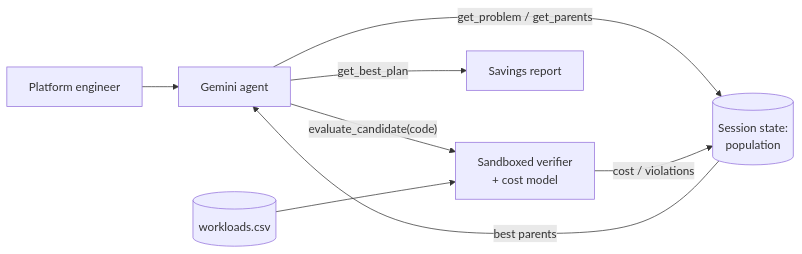
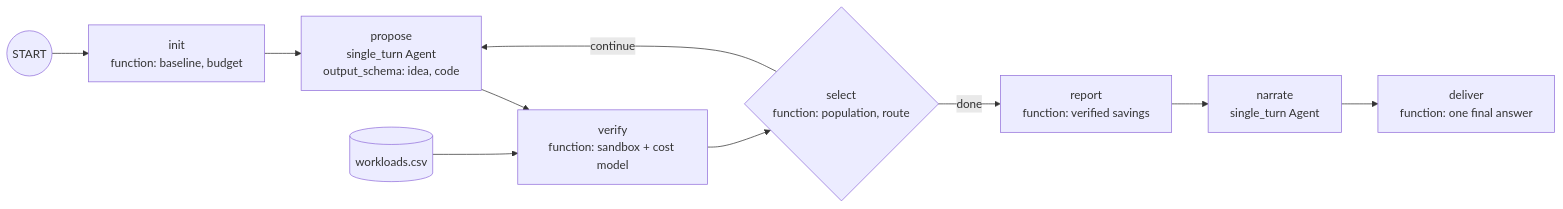
Before and after one commit to google/adk-samples: the diagram in contrib/python/alphaevolve-optimizer/README.md, drawn with Mermaid. The commit also changed other lines of this file and 10 other files, not shown here.

First line of the commit message:
Rebuild alphaevolve-optimizer as an ADK 2.0 graph workflow

````diff
--- a/contrib/python/alphaevolve-optimizer/README.md
+++ b/contrib/python/alphaevolve-optimizer/README.md
@@ -28,10 +33,12 @@
 ```mermaid
 flowchart LR
-    U[Platform engineer] --> A[Gemini agent]
-    A -- get_problem / get_parents --> S[(Session state:<br/>population)]
-    A -- evaluate_candidate(code) --> V[Sandboxed verifier<br/>+ cost model]
+    S((START)) --> I[init<br/>function: baseline, budget]
+    I --> P[propose<br/>single_turn Agent<br/>output_schema: idea, code]
+    P --> V[verify<br/>function: sandbox + cost model]
+    V --> L{select<br/>function: population, route}
+    L -- continue --> P
+    L -- done --> R[report<br/>function: verified savings]
+    R --> N[narrate<br/>single_turn Agent]
+    N --> D[deliver<br/>function: one final answer]
     W[(workloads.csv)] --> V
-    V -- cost / violations --> S
-    S -- best parents --> A
-    A -- get_best_plan --> R[Savings report]
 ```
````
